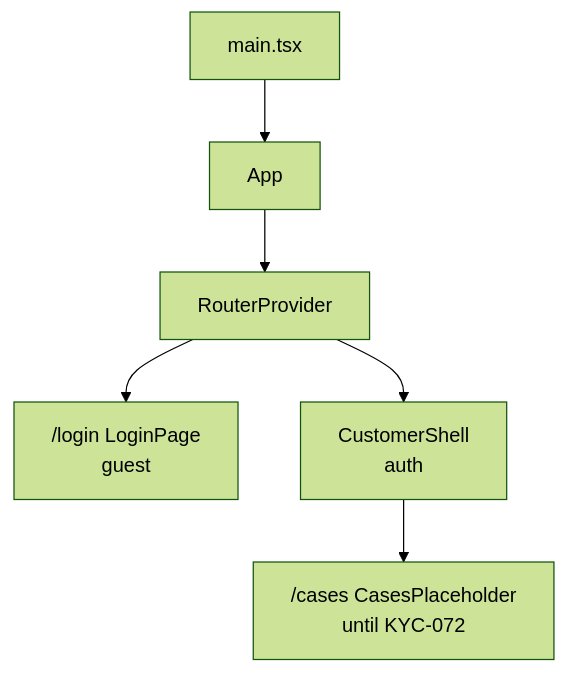
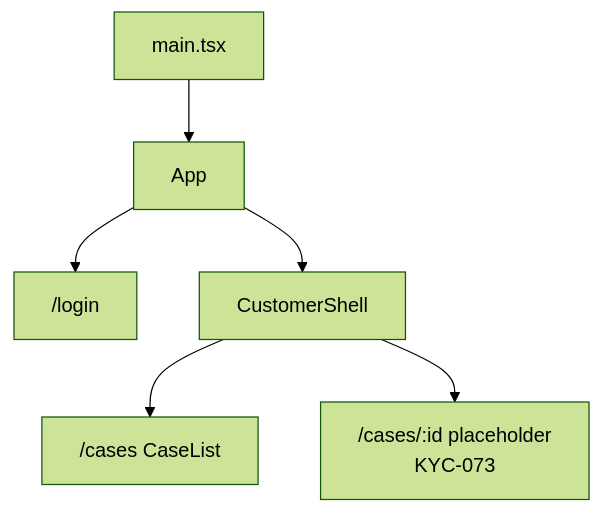
Before and after one commit to SDS37/kyc-multi-frontend: the diagram in apps/react-customer/README.md, drawn with Mermaid (forest theme). The commit also changed other lines of this file and 17 other files, not shown here.

First line of the commit message:
feat(react): KYC-072 my cases list and create draft

````diff
--- a/apps/react-customer/README.md
+++ b/apps/react-customer/README.md
@@ -43,8 +41,8 @@
 ```mermaid
 flowchart TB
   Main["main.tsx"] --> App["App"]
-  App --> Router["RouterProvider"]
-  Router --> Login["/login LoginPage<br/>guest"]
-  Router --> Shell["CustomerShell<br/>auth"]
-  Shell --> Cases["/cases CasesPlaceholder<br/>until KYC-072"]
+  App --> Login["/login"]
+  App --> Shell["CustomerShell"]
+  Shell --> Cases["/cases CaseList"]
+  Shell --> Draft["/cases/:id placeholder<br/>KYC-073"]
 ```
````
